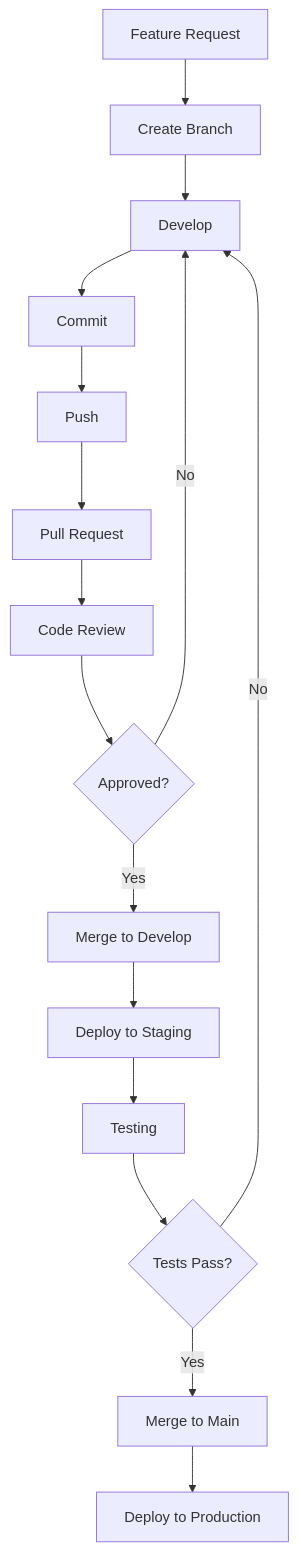
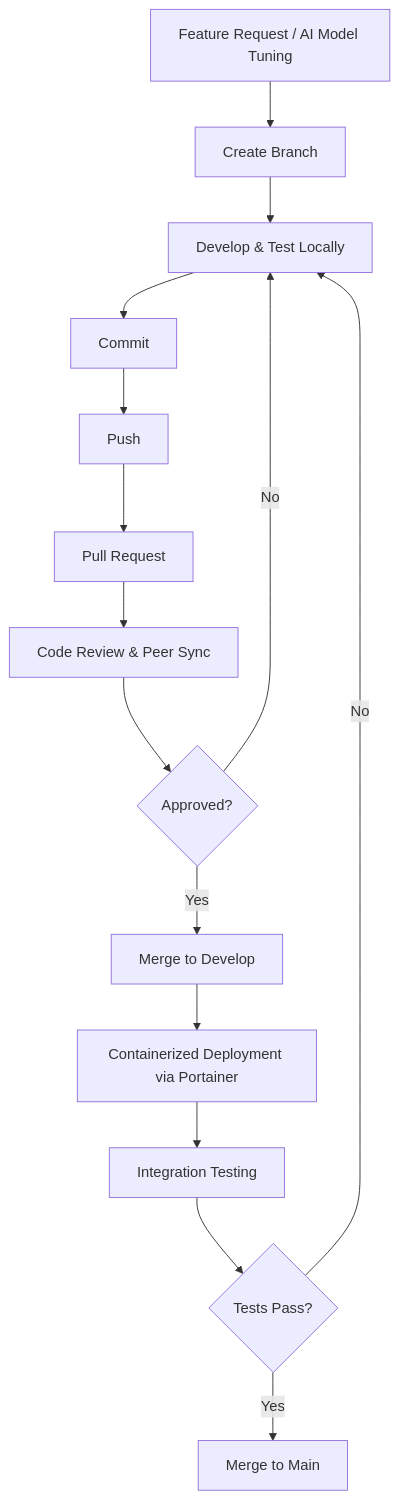
The diagram in README.md (S2S-org/.github), drawn with Mermaid before and after one commit. The commit also changed other lines of this file, not shown here.

````diff
--- a/README.md
+++ b/README.md
@@ -177,18 +111,17 @@
 ```mermaid
 graph TD
-    A[Feature Request] --> B[Create Branch]
-    B --> C[Develop]
+    A[Feature Request / AI Model Tuning] --> B[Create Branch]
+    B --> C[Develop & Test Locally]
     C --> D[Commit]
     D --> E[Push]
     E --> F[Pull Request]
-    F --> G[Code Review]
+    F --> G[Code Review & Peer Sync]
     G --> H{Approved?}
     H -->|Yes| I[Merge to Develop]
     H -->|No| C
-    I --> J[Deploy to Staging]
-    J --> K[Testing]
+    I --> J[Containerized Deployment via Portainer]
+    J --> K[Integration Testing]
     K --> L{Tests Pass?}
     L -->|Yes| M[Merge to Main]
     L -->|No| C
-    M --> N[Deploy to Production]
 ```
````
